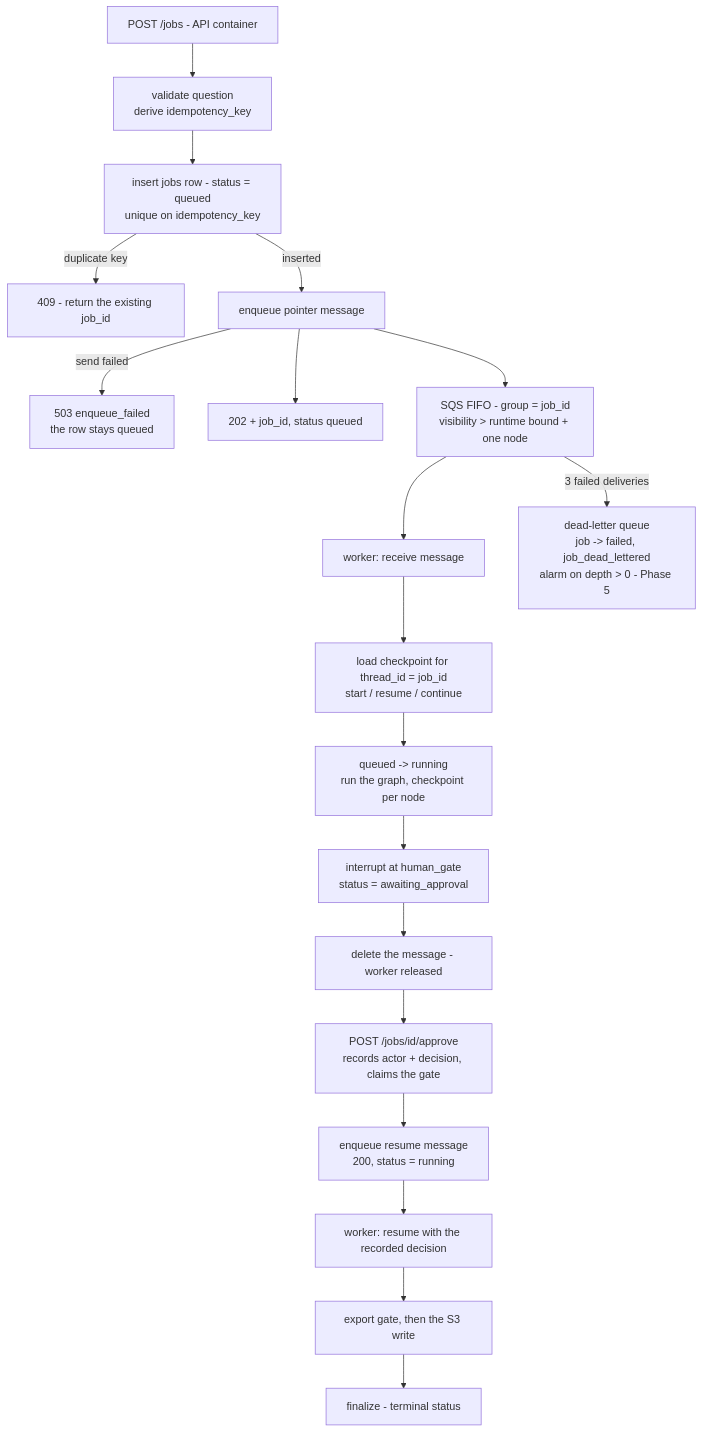
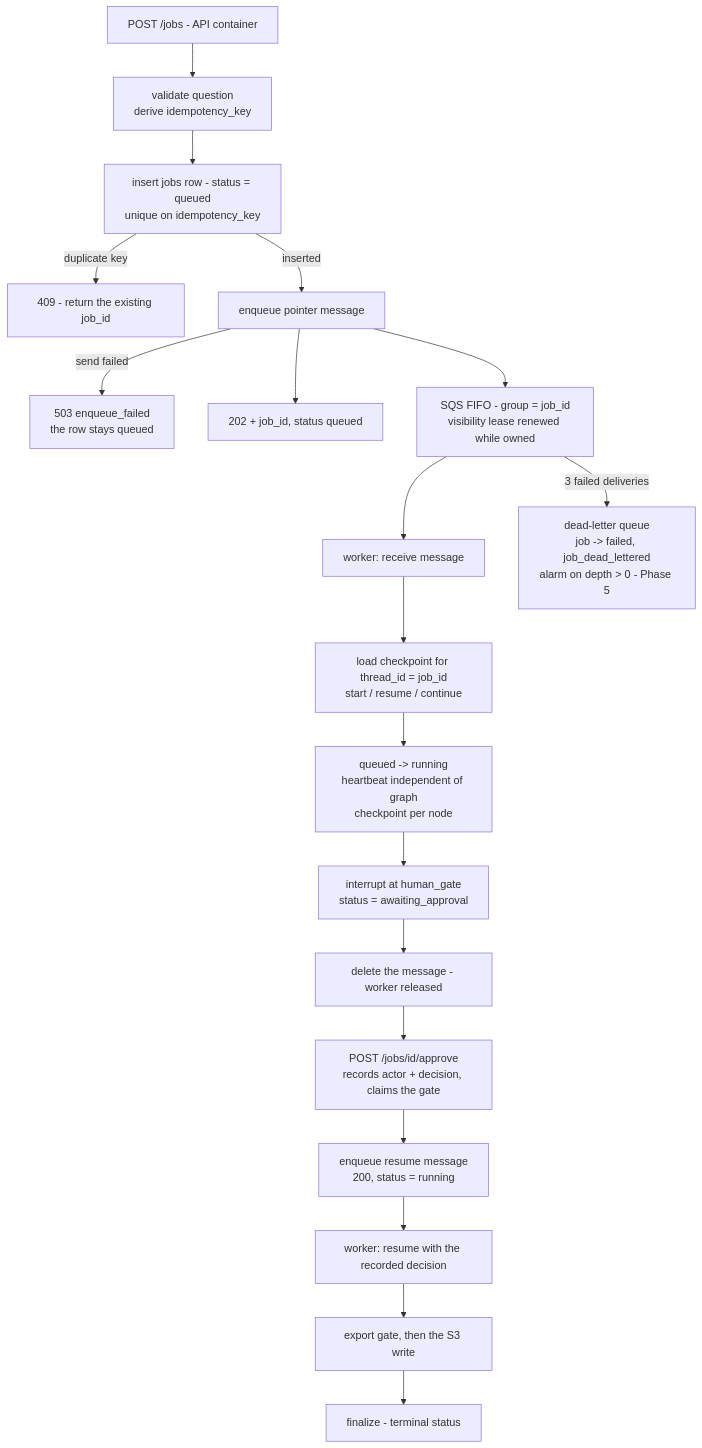
Before and after one commit to 02surajpatil02-afk/multi-agent-competitive-research-assistant: the fifth of 6 diagrams in docs/ARCHITECTURE.md, drawn with Mermaid. The commit also changed other lines of this file and 35 other files, not shown here.

````diff
--- a/docs/ARCHITECTURE.md
+++ b/docs/ARCHITECTURE.md
@@ -1762,21 +1768,21 @@
 ```mermaid
 flowchart TD
     A["POST /jobs - API container"] --> B["validate question<br/>derive idempotency_key"]
     B --> C["insert jobs row - status = queued<br/>unique on idempotency_key"]
     C -->|"duplicate key"| DUP["409 - return the existing job_id"]
     C -->|"inserted"| D["enqueue pointer message"]
     D -->|"send failed"| FAIL503["503 enqueue_failed<br/>the row stays queued"]
     D --> E["202 + job_id, status queued"]
-    D --> Q["SQS FIFO - group = job_id<br/>visibility > runtime bound + one node"]
+    D --> Q["SQS FIFO - group = job_id<br/>visibility lease renewed while owned"]
     Q --> W["worker: receive message"]
     W --> LOAD["load checkpoint for thread_id = job_id<br/>start / resume / continue"]
-    LOAD --> RUN["queued -> running<br/>run the graph, checkpoint per node"]
+    LOAD --> RUN["queued -> running<br/>heartbeat independent of graph<br/>checkpoint per node"]
     RUN --> INT["interrupt at human_gate<br/>status = awaiting_approval"]
     INT --> DEL["delete the message - worker released"]
     DEL --> APPROVE["POST /jobs/id/approve<br/>records actor + decision, claims the gate"]
     APPROVE --> Q2["enqueue resume message<br/>200, status = running"]
     Q2 --> W2["worker: resume with the recorded decision"]
     W2 --> EXPORT["export gate, then the S3 write"]
     EXPORT --> FINAL["finalize - terminal status"]
     Q -->|"3 failed deliveries"| DLQ["dead-letter queue<br/>job -> failed, job_dead_lettered<br/>alarm on depth > 0 - Phase 5"]
 ```
````
